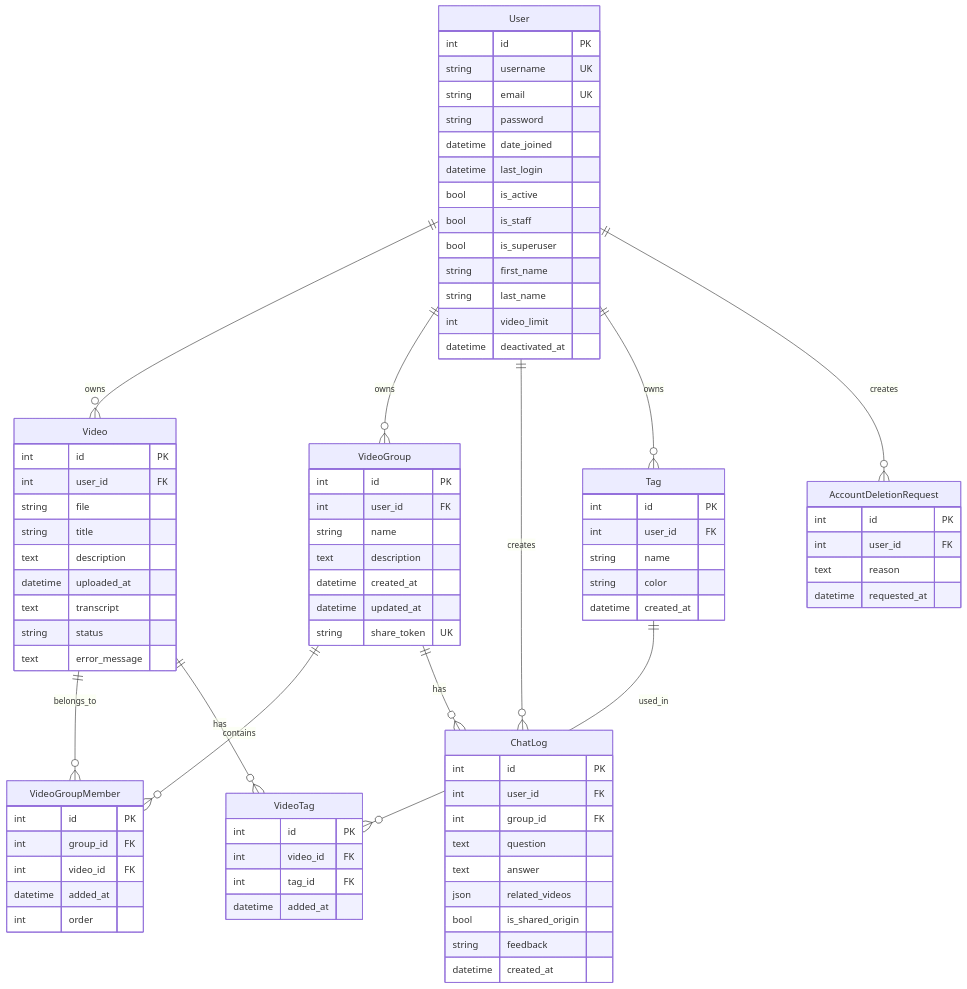
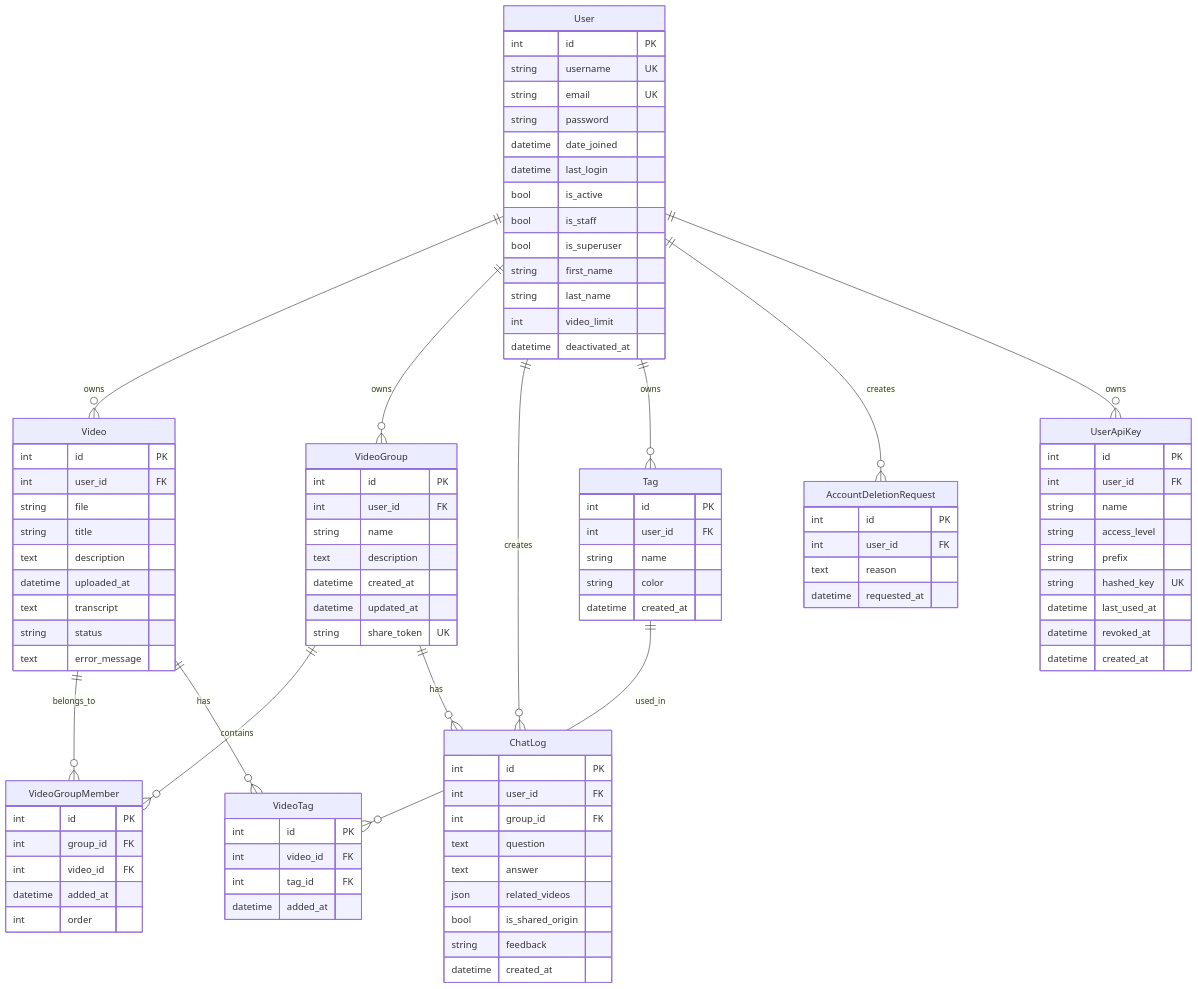
The diagram in docs/database/er-diagram.md (yukiharada1228/videoq), drawn with Mermaid before and after one commit. The commit also changed other lines of this file and 14 other files, not shown here.

First line of the commit message:
docs: sync architecture and design diagrams with latest implementation

````diff
--- a/docs/database/er-diagram.md
+++ b/docs/database/er-diagram.md
@@ -13,6 +13,7 @@
     User ||--o{ ChatLog : creates
     User ||--o{ Tag : owns
     User ||--o{ AccountDeletionRequest : creates
+    User ||--o{ UserApiKey : owns
     VideoGroup ||--o{ VideoGroupMember : contains
     Video ||--o{ VideoGroupMember : belongs_to
     Video ||--o{ VideoTag : has
@@ -98,4 +99,16 @@
         text reason
         datetime requested_at
     }
+
+    UserApiKey {
+        int id PK
+        int user_id FK
+        string name
+        string access_level
+        string prefix
+        string hashed_key UK
+        datetime last_used_at
+        datetime revoked_at
+        datetime created_at
+    }
 ```
````
